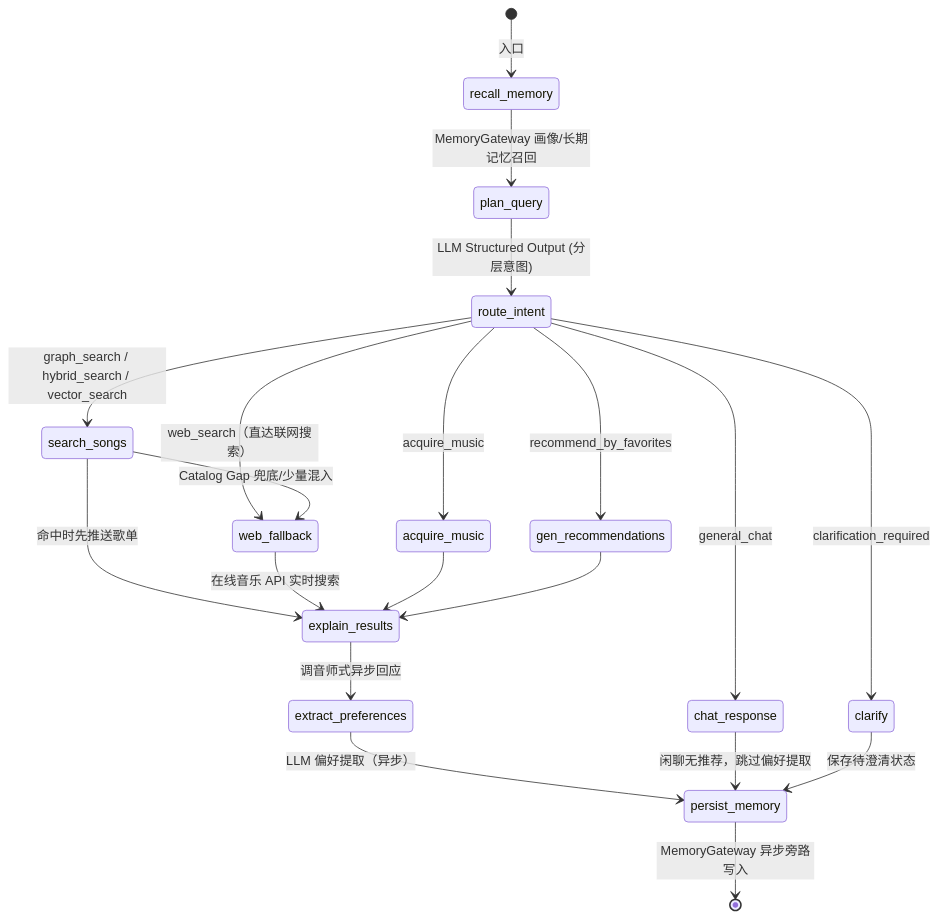
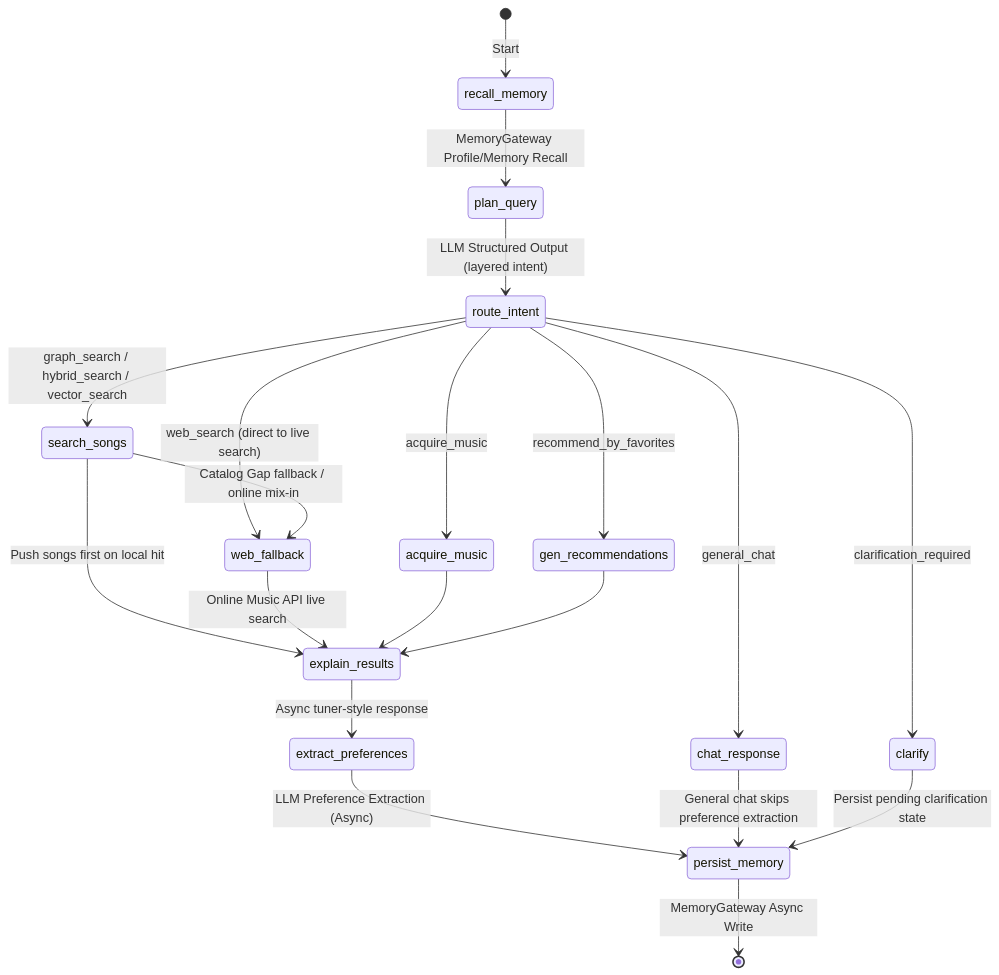
Before and after one commit to hgsanyang/SoulTuner-Agent: the diagram in README.md, drawn with Mermaid. The commit also changed other lines of this file and 17 other files, not shown here.

````diff
--- a/README.md
+++ b/README.md
@@ -240,27 +240,27 @@
 ```mermaid
 stateDiagram-v2
-    [*] --> recall_memory: 入口
-    recall_memory --> plan_query: MemoryGateway 画像/长期记忆召回
-    plan_query --> route_intent: LLM Structured Output (分层意图)
+    [*] --> recall_memory: Start
+    recall_memory --> plan_query: MemoryGateway Profile/Memory Recall
+    plan_query --> route_intent: LLM Structured Output (layered intent)
 
     route_intent --> search_songs: graph_search / hybrid_search / vector_search
-    route_intent --> web_fallback: web_search（直达联网搜索）
+    route_intent --> web_fallback: web_search (direct to live search)
     route_intent --> chat_response: general_chat
     route_intent --> acquire_music: acquire_music
     route_intent --> gen_recommendations: recommend_by_favorites
     route_intent --> clarify: clarification_required
 
-    search_songs --> web_fallback: Catalog Gap 兜底/少量混入
-    search_songs --> explain_results: 命中时先推送歌单
-    web_fallback --> explain_results: 在线音乐 API 实时搜索
+    search_songs --> web_fallback: Catalog Gap fallback / online mix-in
+    search_songs --> explain_results: Push songs first on local hit
+    web_fallback --> explain_results: Online Music API live search
     acquire_music --> explain_results
     gen_recommendations --> explain_results
 
-    explain_results --> extract_preferences: 调音师式异步回应
-    extract_preferences --> persist_memory: LLM 偏好提取（异步）
+    explain_results --> extract_preferences: Async tuner-style response
+    extract_preferences --> persist_memory: LLM Preference Extraction (Async)
 
-    chat_response --> persist_memory: 闲聊无推荐，跳过偏好提取
-    clarify --> persist_memory: 保存待澄清状态
+    chat_response --> persist_memory: General chat skips preference extraction
+    clarify --> persist_memory: Persist pending clarification state
 
-    persist_memory --> [*]: MemoryGateway 异步旁路写入
+    persist_memory --> [*]: MemoryGateway Async Write
 ```
````
